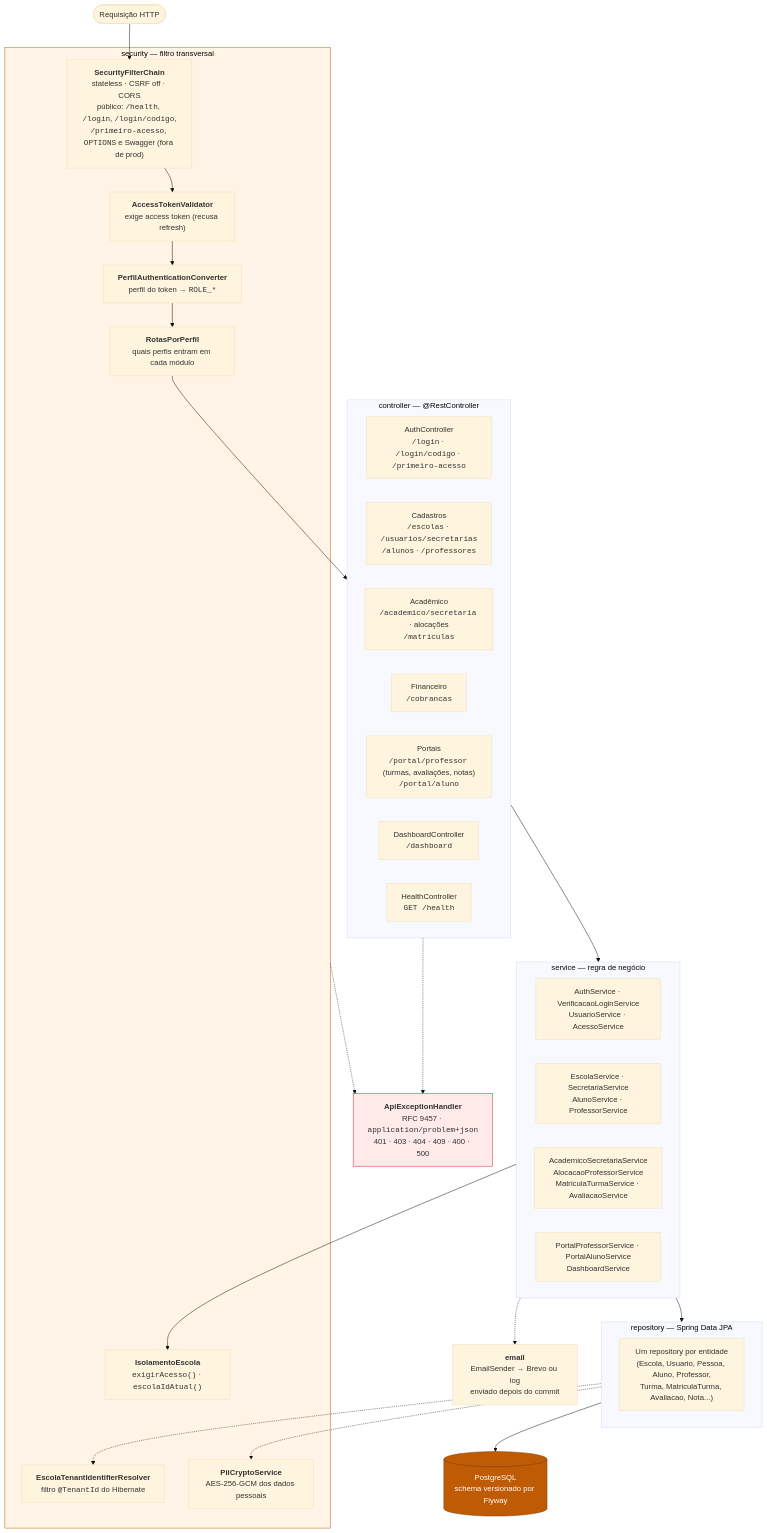
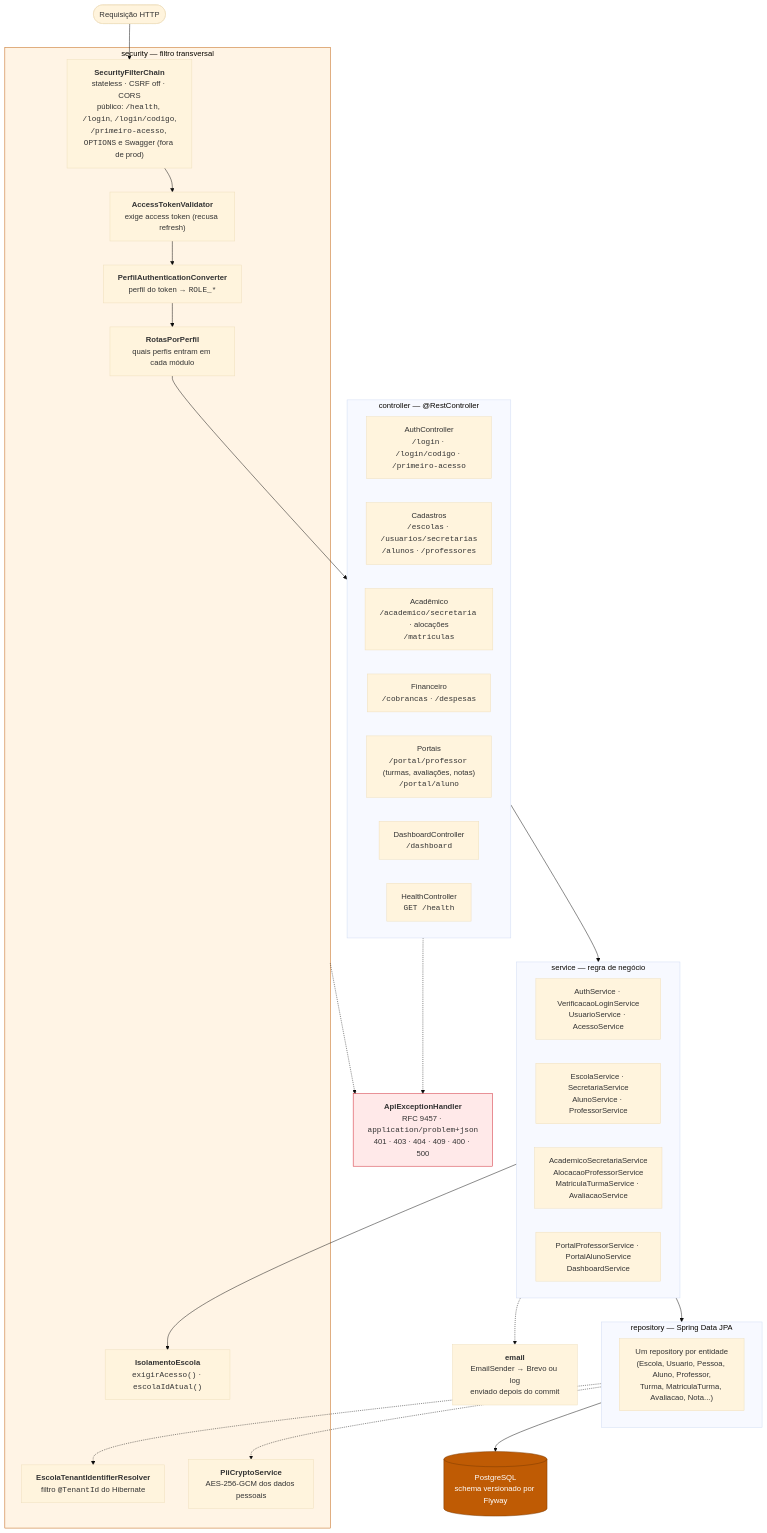
Before and after one commit to ICEI-PUC-Minas-PMGES-TI/pmg-es-2026-2-ti3-9577100-eduka: the fourth of 6 diagrams in Artefatos/arquitetura/arquitetura-da-solucao.md, drawn with Mermaid (base theme). The commit also changed other lines of this file and 21 other files, not shown here.

````diff
--- a/Artefatos/arquitetura/arquitetura-da-solucao.md
+++ b/Artefatos/arquitetura/arquitetura-da-solucao.md
@@ -150,53 +150,53 @@
 ```mermaid
 flowchart TB
     REQ(["Requisição HTTP"])
 
     subgraph sec["security — filtro transversal"]
         CHAIN["<b>SecurityFilterChain</b><br/>stateless · CSRF off · CORS<br/>público: <code>/health</code>, <code>/login</code>, <code>/login/codigo</code>,<br/><code>/primeiro-acesso</code>, <code>OPTIONS</code> e Swagger (fora de prod)"]
         VALID["<b>AccessTokenValidator</b><br/>exige access token (recusa refresh)"]
         CONV["<b>PerfilAuthenticationConverter</b><br/>perfil do token → <code>ROLE_*</code>"]
         ROTAS["<b>RotasPorPerfil</b><br/>quais perfis entram em cada módulo"]
         ISO["<b>IsolamentoEscola</b><br/><code>exigirAcesso()</code> · <code>escolaIdAtual()</code>"]
         TEN["<b>EscolaTenantIdentifierResolver</b><br/>filtro <code>@TenantId</code> do Hibernate"]
         PII["<b>PiiCryptoService</b><br/>AES-256-GCM dos dados pessoais"]
     end
 
     subgraph ctrl["controller — @RestController"]
         AUTHC["AuthController<br/><code>/login</code> · <code>/login/codigo</code> · <code>/primeiro-acesso</code>"]
         CADC["Cadastros<br/><code>/escolas</code> · <code>/usuarios/secretarias</code><br/><code>/alunos</code> · <code>/professores</code>"]
         ACADC["Acadêmico<br/><code>/academico/secretaria</code> · alocações<br/><code>/matriculas</code>"]
-        FINC["Financeiro<br/><code>/cobrancas</code>"]
+        FINC["Financeiro<br/><code>/cobrancas</code> · <code>/despesas</code>"]
         PORTC["Portais<br/><code>/portal/professor</code> (turmas, avaliações, notas)<br/><code>/portal/aluno</code>"]
         DASHC["DashboardController<br/><code>/dashboard</code>"]
         HLTC["HealthController<br/><code>GET /health</code>"]
     end
 
     subgraph svc["service — regra de negócio"]
         AUTHS["AuthService · VerificacaoLoginService<br/>UsuarioService · AcessoService"]
         CADS["EscolaService · SecretariaService<br/>AlunoService · ProfessorService"]
         ACADS["AcademicoSecretariaService<br/>AlocacaoProfessorService<br/>MatriculaTurmaService · AvaliacaoService"]
         PORTS["PortalProfessorService · PortalAlunoService<br/>DashboardService"]
     end
 
     subgraph repo["repository — Spring Data JPA"]
         REPOS["Um repository por entidade<br/>(Escola, Usuario, Pessoa, Aluno, Professor,<br/>Turma, MatriculaTurma, Avaliacao, Nota...)"]
     end
 
     MAIL["<b>email</b><br/>EmailSender → Brevo ou log<br/>enviado depois do commit"]
     DB[("PostgreSQL<br/>schema versionado por Flyway")]
     ERR["<b>ApiExceptionHandler</b><br/>RFC 9457 · <code>application/problem+json</code><br/>401 · 403 · 404 · 409 · 400 · 500"]
 
     REQ --> CHAIN --> VALID --> CONV --> ROTAS --> ctrl
     ctrl --> svc
     svc --> ISO
     svc --> repo --> DB
     svc -.-> MAIL
     repo -.-> TEN
     repo -.-> PII
     ctrl -.-> ERR
     sec -.-> ERR
 
     style sec fill:#fff4e5,stroke:#bf5b04
     style ERR fill:#ffe9e9,stroke:#cf222e
     style DB fill:#bf5b04,stroke:#7a3a00,color:#fff
 ```
````
